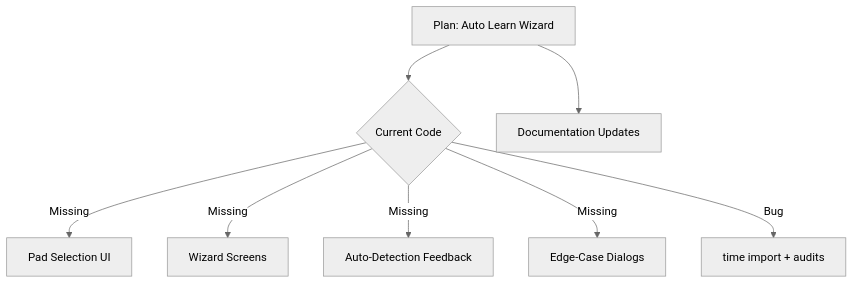
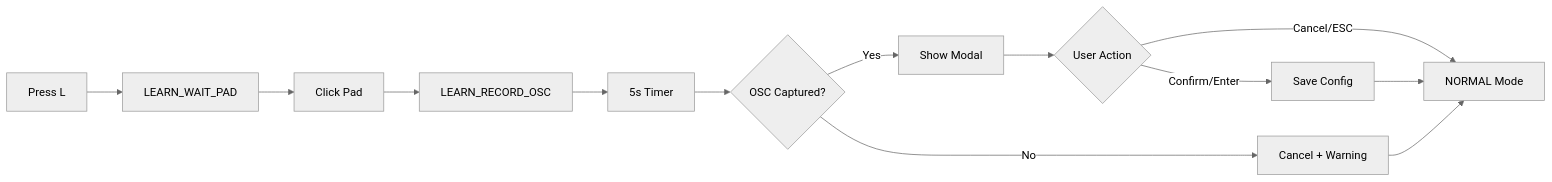
One commit to abossard/synesthesia-visuals changed the diagram in python-vj/launchpad_synesthesia_control/LEARN_MODE_GAP_REPORT.md. Above: the diagram before and after it, drawn with Mermaid (neutral theme). The commit also changed other lines of this file and 17 other files, not shown here.

First line of the commit message:
Add OSC monitoring and testing scripts; implement learn mode integration tests

````diff
--- a/python-vj/launchpad_synesthesia_control/LEARN_MODE_GAP_REPORT.md
+++ b/python-vj/launchpad_synesthesia_control/LEARN_MODE_GAP_REPORT.md
@@ -21,10 +34,15 @@
 ```mermaid
-flowchart TD
-    Plan[Plan: Auto Learn Wizard] --> Code{Current Code}
-    Code -->|Missing| UI[Pad Selection UI]
-    Code -->|Missing| Wizard[Wizard Screens]
-    Code -->|Missing| Feedback[Auto-Detection Feedback]
-    Code -->|Missing| EdgeCases[Edge-Case Dialogs]
-    Code -->|Bug| Runtime[time import + audits]
-    Plan --> Docs[Documentation Updates]
+flowchart LR
+    A[Press L] --> B[LEARN_WAIT_PAD]
+    B --> C[Click Pad]
+    C --> D[LEARN_RECORD_OSC]
+    D --> E[5s Timer]
+    E --> F{OSC Captured?}
+    F -->|No| G[Cancel + Warning]
+    F -->|Yes| H[Show Modal]
+    H --> I{User Action}
+    I -->|Cancel/ESC| J[NORMAL Mode]
+    I -->|Confirm/Enter| K[Save Config]
+    K --> J
+    G --> J
 ```
````
